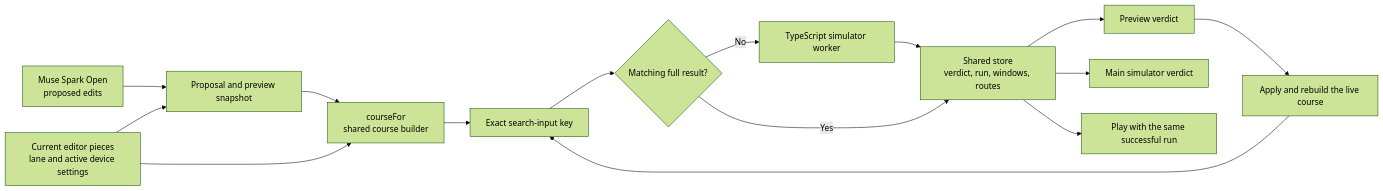
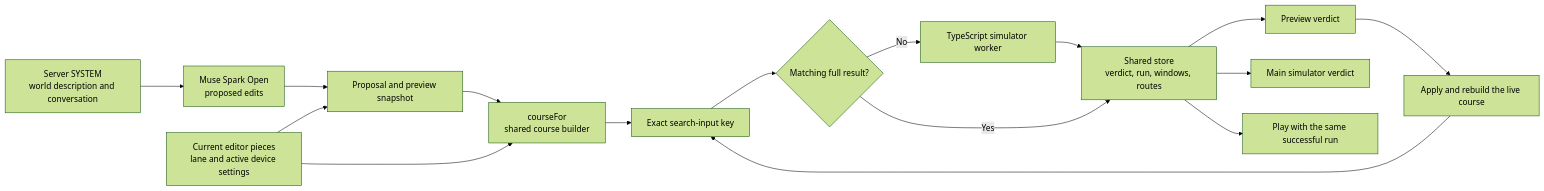
Before and after one commit to gitgithan/conquercourse: the second of 2 diagrams in docs/editor-proof-flow.md, drawn with Mermaid (forest theme). The commit also changed other lines of this file and 5 other files, not shown here.

````diff
--- a/docs/editor-proof-flow.md
+++ b/docs/editor-proof-flow.md
@@ -56,17 +59,18 @@
 ```mermaid
 flowchart LR
+  INPUT["Server SYSTEM<br/>world description and conversation"] --> AI
   AI["Muse Spark Open<br/>proposed edits"] --> P["Proposal and preview snapshot"]
   W["Current editor pieces<br/>lane and active device settings"] --> P
   P --> B["courseFor<br/>shared course builder"]
   W --> B
   B --> K["Exact search-input key"]
   K --> R{"Matching full result?"}
   R -->|"No"| S["TypeScript simulator worker"]
   S --> C["Shared store<br/>verdict, run, windows, routes"]
   R -->|"Yes"| C
   C --> V["Preview verdict"]
   V --> A["Apply and rebuild the live course"]
   A --> K
   C --> M["Main simulator verdict"]
   C --> PLAY["Play with the same successful run"]
 ```
````
